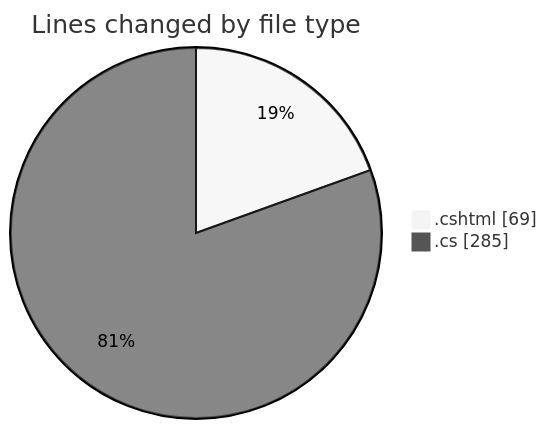
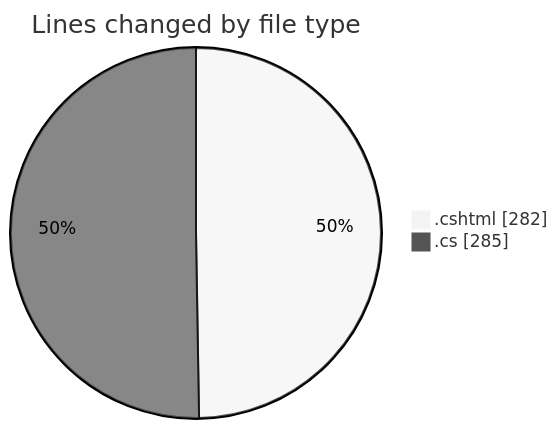
Before and after one commit to lephambinh05/code-tracking: the first of 2 diagrams in 2025-07-18/nhahang/README.md, drawn with Mermaid (neutral theme). The commit also changed other lines of this file and 1 other file, not shown here.

````diff
--- a/2025-07-18/nhahang/README.md
+++ b/2025-07-18/nhahang/README.md
@@ -31,6 +33,6 @@
 ```mermaid
 pie showData
 title Lines changed by file type
-".cshtml" : 69
+".cshtml" : 282
 ".cs" : 285
 ```
````
